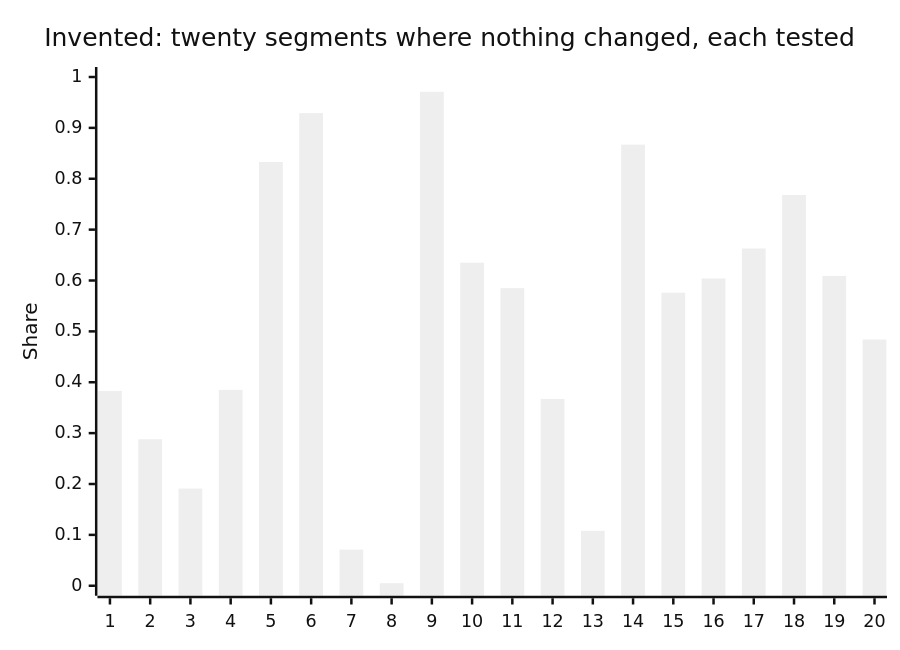
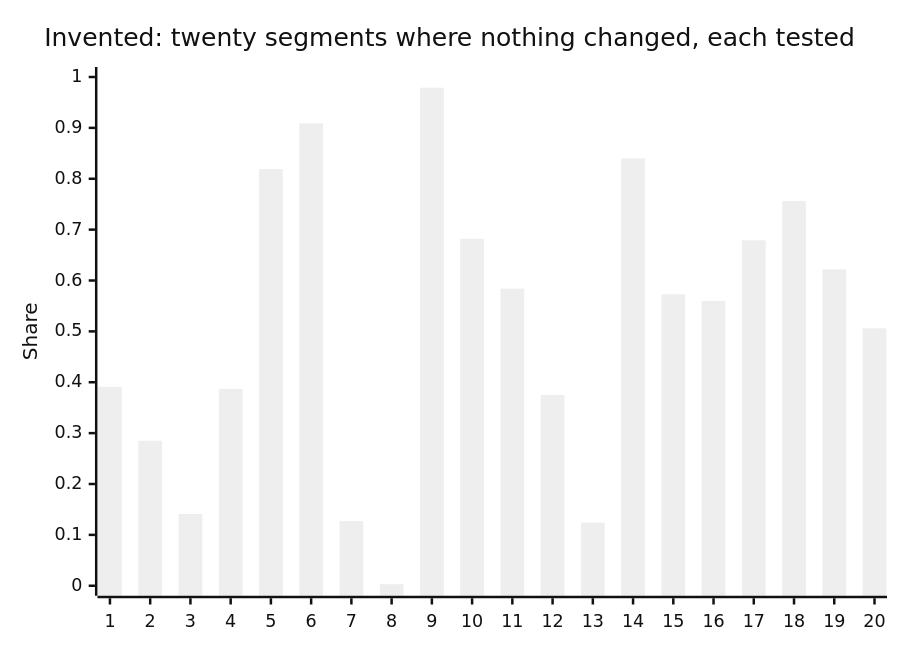
One commit to fde-academy-lab/c2-content-factory changed the eighth of 32 diagrams in content/W01/D4/slides/C2_W01_D04_half1_STUDENT.md. Above: the diagram before and after it, drawn with Mermaid (neutral theme). The commit also changed other lines of this file and 4 other files, not shown here.

````diff
--- a/content/W01/D4/slides/C2_W01_D04_half1_STUDENT.md
+++ b/content/W01/D4/slides/C2_W01_D04_half1_STUDENT.md
@@ -376,7 +387,7 @@
 ```mermaid
 xychart-beta
     title "Invented: twenty segments where nothing changed, each tested"
     x-axis ["1", "2", "3", "4", "5", "6", "7", "8", "9", "10", "11", "12", "13", "14", "15", "16", "17", "18", "19", "20"]
     y-axis "Share" 0 --> 1
-    bar [0.383, 0.288, 0.191, 0.385, 0.833, 0.929, 0.071, 0.005, 0.971, 0.635, 0.585, 0.367, 0.108, 0.867, 0.576, 0.604, 0.663, 0.768, 0.609, 0.484]
+    bar [0.391, 0.285, 0.141, 0.387, 0.819, 0.909, 0.127, 0.003, 0.979, 0.682, 0.584, 0.375, 0.124, 0.84, 0.573, 0.56, 0.679, 0.756, 0.622, 0.506]
 ```
````
